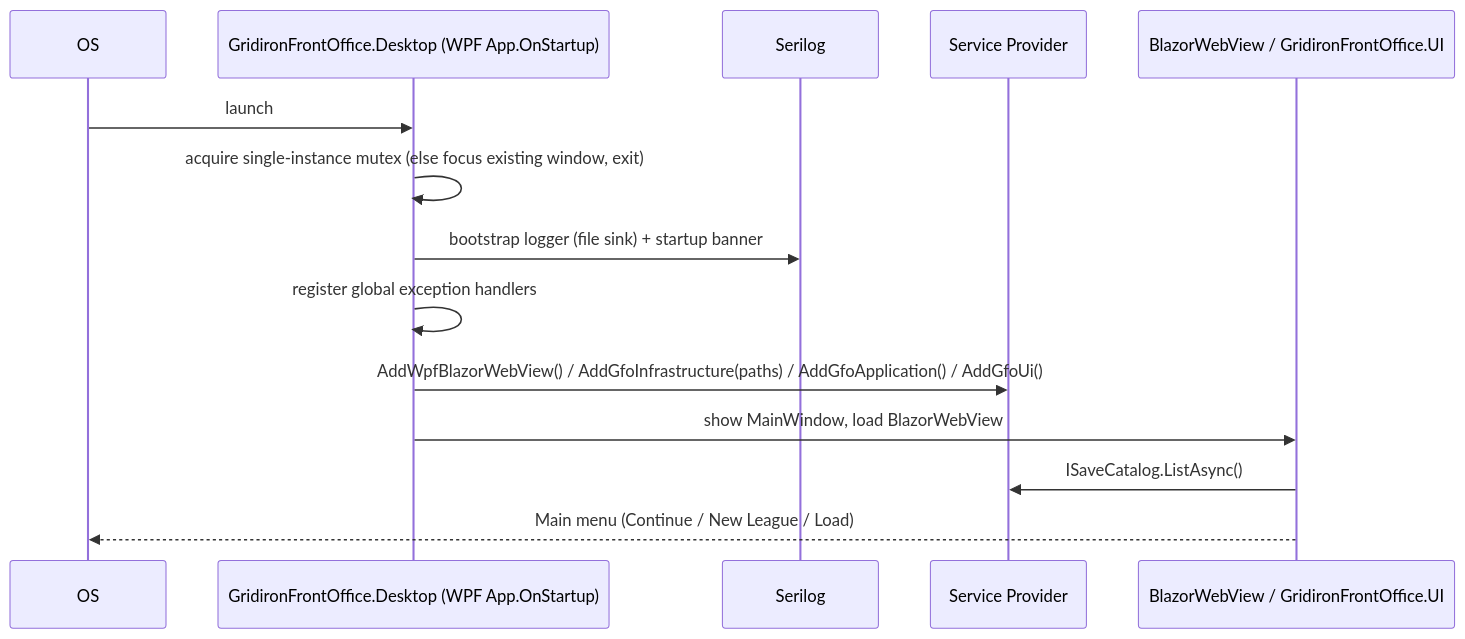
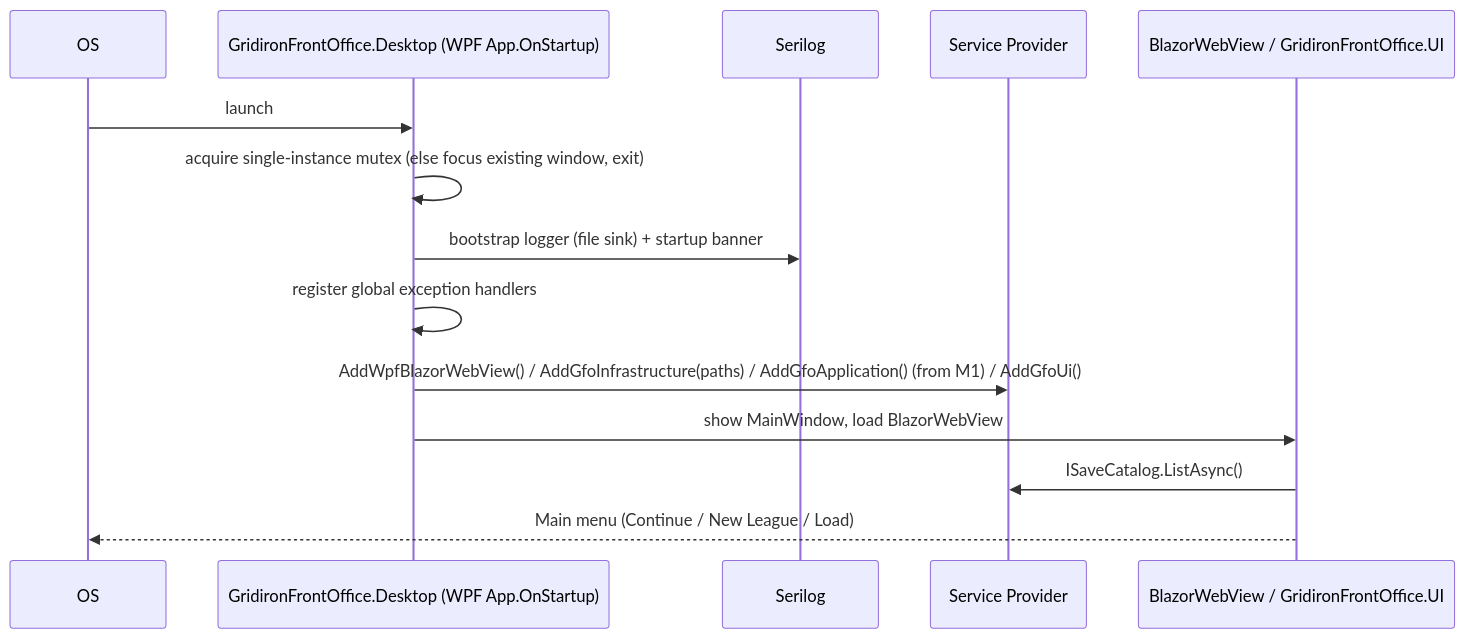
Before and after one commit to BenjaminGroseclose/Gridiron-Front-Office: the fourth of 4 diagrams in docs/ARCHITECTURE.md, drawn with Mermaid. The commit also changed other lines of this file and 30 other files, not shown here.

````diff
--- a/docs/ARCHITECTURE.md
+++ b/docs/ARCHITECTURE.md
@@ -247,16 +248,16 @@
 ```mermaid
 sequenceDiagram
     participant OS
     participant Host as GridironFrontOffice.Desktop (WPF App.OnStartup)
     participant Log as Serilog
     participant DI as Service Provider
     participant UI as BlazorWebView / GridironFrontOffice.UI
     OS->>Host: launch
     Host->>Host: acquire single-instance mutex (else focus existing window, exit)
     Host->>Log: bootstrap logger (file sink) + startup banner
     Host->>Host: register global exception handlers
-    Host->>DI: AddWpfBlazorWebView() / AddGfoInfrastructure(paths) / AddGfoApplication() / AddGfoUi()
+    Host->>DI: AddWpfBlazorWebView() / AddGfoInfrastructure(paths) / AddGfoApplication() (from M1) / AddGfoUi()
     Host->>UI: show MainWindow, load BlazorWebView
     UI->>DI: ISaveCatalog.ListAsync()
     UI-->>OS: Main menu (Continue / New League / Load)
 ```
````
